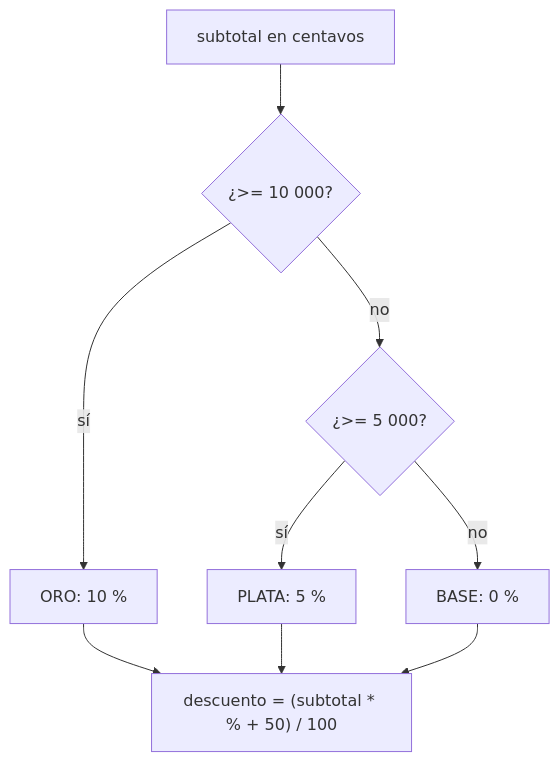
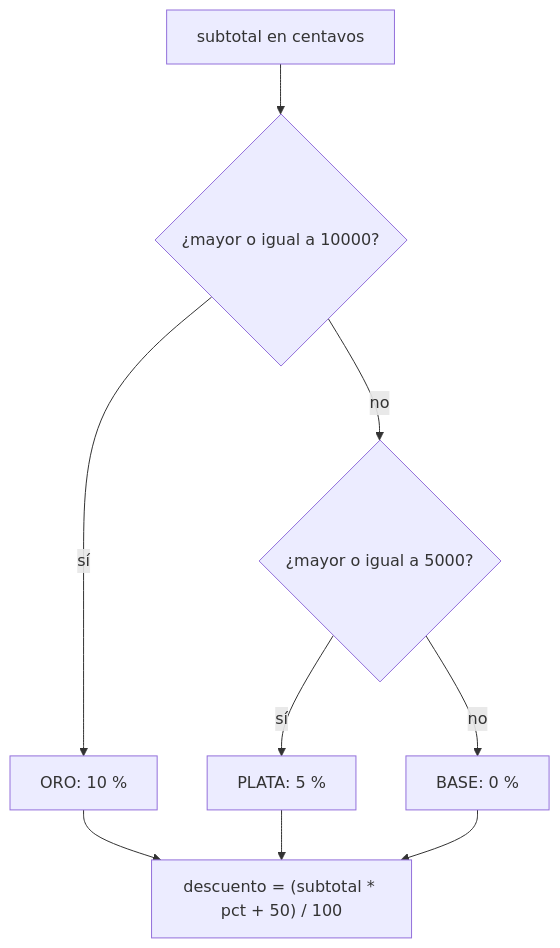
Before and after one commit to NICORUIZ93/The_Imperial_Book: the sixth of 9 diagrams in web/public/content/java/modulo-0.md, drawn with Mermaid. The commit also changed other lines of this file and 65 other files, not shown here.

````diff
--- a/web/public/content/java/modulo-0.md
+++ b/web/public/content/java/modulo-0.md
@@ -3419,11 +3921,11 @@
 ```mermaid
 flowchart TB
-  S["subtotal en centavos"] --> C1{"¿>= 10 000?"}
+  S["subtotal en centavos"] --> C1{"¿mayor o igual a 10000?"}
   C1 -- sí --> ORO["ORO: 10 %"]
-  C1 -- no --> C2{"¿>= 5 000?"}
+  C1 -- no --> C2{"¿mayor o igual a 5000?"}
   C2 -- sí --> PLATA["PLATA: 5 %"]
   C2 -- no --> BASE["BASE: 0 %"]
-  ORO --> D["descuento = (subtotal * % + 50) / 100"]
+  ORO --> D["descuento = (subtotal * pct + 50) / 100"]
   PLATA --> D
   BASE --> D
 ```
````
